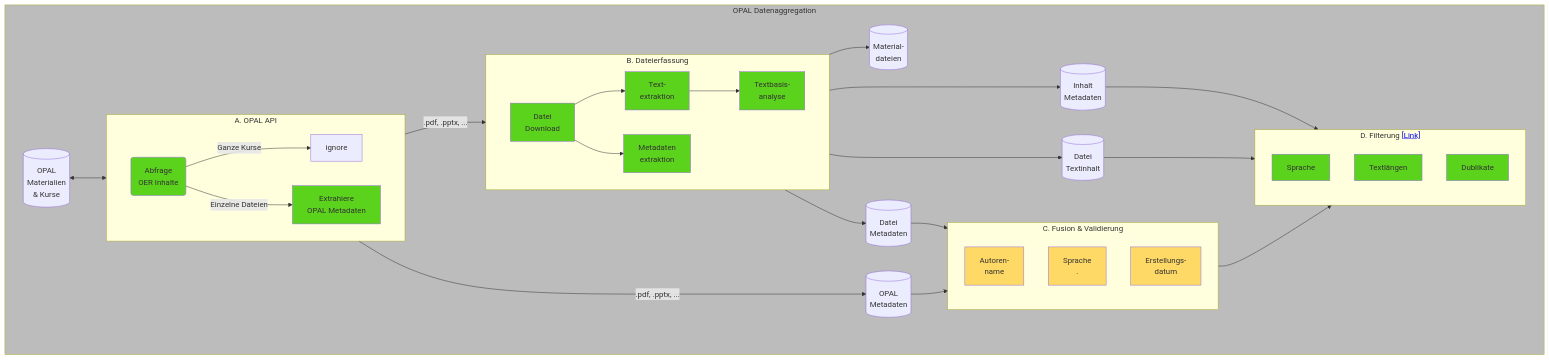
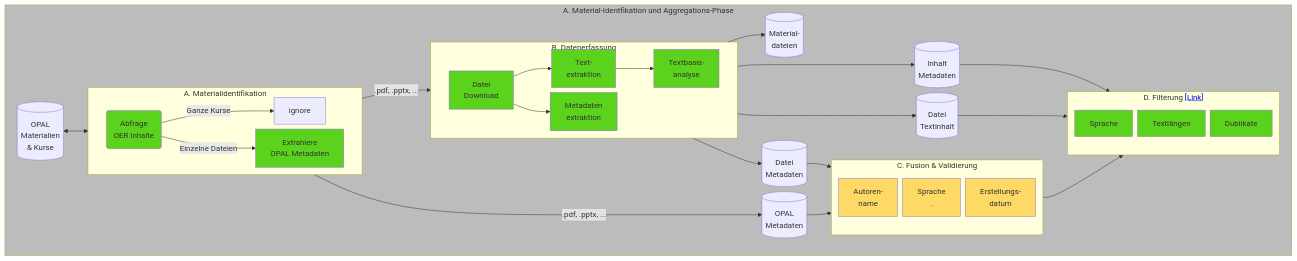
The first of 2 diagrams in README.md (TUBAF-IFI-ConnectedLecturer/Data_aggregation), drawn with Mermaid before and after one commit. The commit also changed other lines of this file, not shown here.

````diff
--- a/README.md
+++ b/README.md
@@ -53,70 +53,71 @@
 ```mermaid
 flowchart TD
+%%{init:{'flowchart':{'nodeSpacing': 10, 'rankSpacing': 25}}}%%
 
     classDef green fill:#5bd21c
     classDef yellow fill:#ffd966
     classDef gray fill:#bcbcbc
 
     
-    subgraph BASIC[OPAL Datenaggregation]
+    subgraph BASIC[A.&nbsp;Material‑Identfikation&nbsp;und&nbsp;Aggregations‑Phase]
 
     OPAL[(OPAL <br> Materialien <br> & Kurse)] 
 
-    subgraph A. OPAL API
+    subgraph A. Materialidentifikation
     direction LR
     OPAL_QUERY(Abfrage <br>OER Inhalte):::green
     OPAL_QUERY --> |Ganze  Kurse| OPAL_REPOS[ignore]
     OPAL_QUERY --> |Einzelne Dateien| TYPE_FILTER[Extrahiere <br>OPAL Metadaten]:::green
     
     end
     OPAL<--> OPAL_QUERY
 
-    subgraph FILE_AGG["B. "Dateierfassung]
+    subgraph FILE_AGG["B. "Datenerfassung]
     direction LR
     FILE_DOWNLOAD[Datei<br>Download]:::green --> TEXT_EXTRAKTION[Text-<br>extraktion]:::green --> TEXT_ANALYSIS[Textbasis-<br>analyse]:::green
     FILE_DOWNLOAD --> FILE_METADATA_EXTRACTION[Metadaten<br>extraktion]:::green
     end
 
     TYPE_FILTER -->  |.pdf, .pptx, ... | FILE_DOWNLOAD
 
     OPAL_FILES[(Material-<br>dateien)]
     FILE_DOWNLOAD --> OPAL_FILES
 
     FILE_METADATA[(Datei<br>Metadaten)]
     FILE_METADATA_EXTRACTION --> FILE_METADATA
 
     OPAL_METADATA[(OPAL<br>Metadaten)]
     TYPE_FILTER --> |.pdf, .pptx, ... | OPAL_METADATA
 
     OPAL_CONTENT[(Datei<br>Textinhalt)]
     TEXT_EXTRAKTION --> OPAL_CONTENT
 
     CONTENT_METADATA[(Inhalt<br> Metadaten)]
     TEXT_ANALYSIS --> CONTENT_METADATA
 
     subgraph FUSION["C. "Fusion & Validierung]
     direction TB
     ABC[Autoren-<br>name]:::yellow
     CDE[Sprache<br>.]:::yellow
     EFG[Erstellungs-<br>datum]:::yellow
 
     end
 
     subgraph FILTER["D. Filterung <a href='http://google.com'>[Link]</a>"]
     direction TB
     Sprache:::green
     Textlängen:::green
     Dublikate:::green
     end
 
     CONTENT_METADATA --> FILTER
     FILE_METADATA --> FUSION
     OPAL_METADATA --> FUSION
     OPAL_CONTENT --> FILTER
 
     FUSION --> FILTER
 
     end
 
     class BASIC, gray
 ```
````
